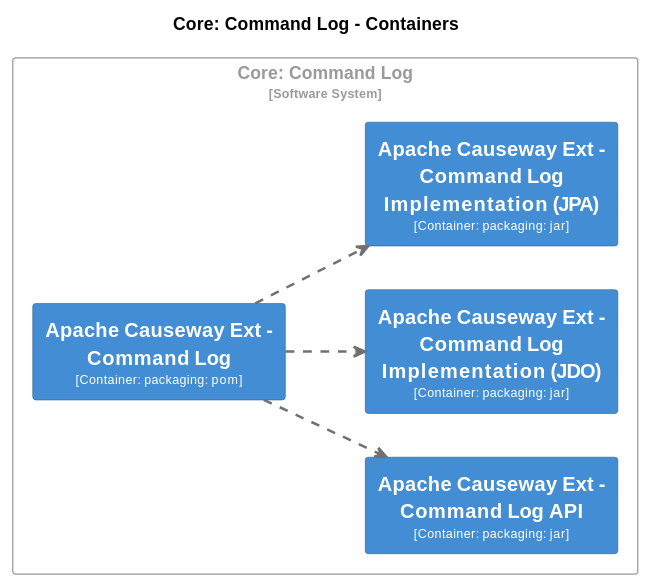
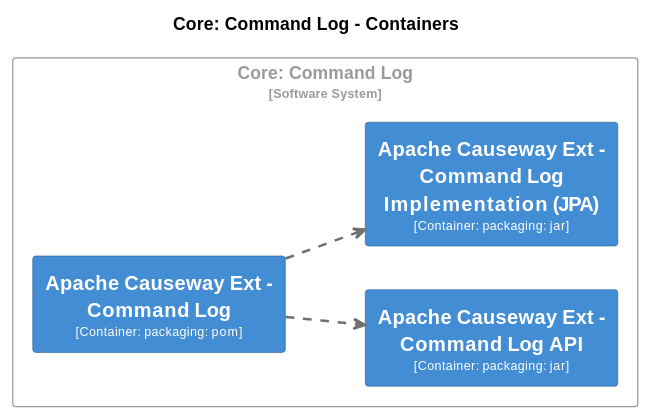
Before and after one commit to apache/causeway: diagram 24 of 31 in core/adoc/modules/_overview/pages/about.adoc, drawn with PlantUML. The commit also changed other lines of this file and 186 other files, not shown here.

```diff
--- a/core/adoc/modules/_overview/pages/about.adoc
+++ b/core/adoc/modules/_overview/pages/about.adoc
@@ -5617,59 +5197,51 @@
 [plantuml,Core~ Command Log,svg]
 ----
 @startuml
 set separator none
 title Core: Command Log - Containers
 
 left to right direction
 
 skinparam {
   arrowFontSize 10
   defaultTextAlignment center
   wrapWidth 200
   maxMessageSize 100
 }
 
 hide stereotype
 
 skinparam rectangle<<CoreCommandLog.ApacheCausewayExtCommandLog>> {
   BackgroundColor #438dd5
   FontColor #fffffe
   BorderColor #2e6295
   shadowing false
 }
 skinparam rectangle<<CoreCommandLog.ApacheCausewayExtCommandLogAPI>> {
   BackgroundColor #438dd5
   FontColor #fffffe
   BorderColor #2e6295
   shadowing false
 }
-skinparam rectangle<<CoreCommandLog.ApacheCausewayExtCommandLogImplementationJDO>> {
-  BackgroundColor #438dd5
-  FontColor #fffffe
-  BorderColor #2e6295
-  shadowing false
-}
 skinparam rectangle<<CoreCommandLog.ApacheCausewayExtCommandLogImplementationJPA>> {
   BackgroundColor #438dd5
   FontColor #fffffe
   BorderColor #2e6295
   shadowing false
 }
 skinparam rectangle<<CoreCommandLog>> {
   BorderColor #9a9a9a
   FontColor #9a9a9a
   shadowing false
 }
 
 rectangle "Core: Command Log\n<size:10>[Software System]</size>" <<CoreCommandLog>> {
   rectangle "==Apache Causeway Ext - Command Log\n<size:10>[Container: packaging: pom]</size>" <<CoreCommandLog.ApacheCausewayExtCommandLog>> as CoreCommandLog.ApacheCausewayExtCommandLog
   rectangle "==Apache Causeway Ext - Command Log API\n<size:10>[Container: packaging: jar]</size>" <<CoreCommandLog.ApacheCausewayExtCommandLogAPI>> as CoreCommandLog.ApacheCausewayExtCommandLogAPI
-  rectangle "==Apache Causeway Ext - Command Log Implementation (JDO)\n<size:10>[Container: packaging: jar]</size>" <<CoreCommandLog.ApacheCausewayExtCommandLogImplementationJDO>> as CoreCommandLog.ApacheCausewayExtCommandLogImplementationJDO
   rectangle "==Apache Causeway Ext - Command Log Implementation (JPA)\n<size:10>[Container: packaging: jar]</size>" <<CoreCommandLog.ApacheCausewayExtCommandLogImplementationJPA>> as CoreCommandLog.ApacheCausewayExtCommandLogImplementationJPA
 }
 
 CoreCommandLog.ApacheCausewayExtCommandLog .[#707070,thickness=2].> CoreCommandLog.ApacheCausewayExtCommandLogAPI : "<color:#707070>"
-CoreCommandLog.ApacheCausewayExtCommandLog .[#707070,thickness=2].> CoreCommandLog.ApacheCausewayExtCommandLogImplementationJDO : "<color:#707070>"
 CoreCommandLog.ApacheCausewayExtCommandLog .[#707070,thickness=2].> CoreCommandLog.ApacheCausewayExtCommandLogImplementationJPA : "<color:#707070>"
 @enduml
 ----
```
